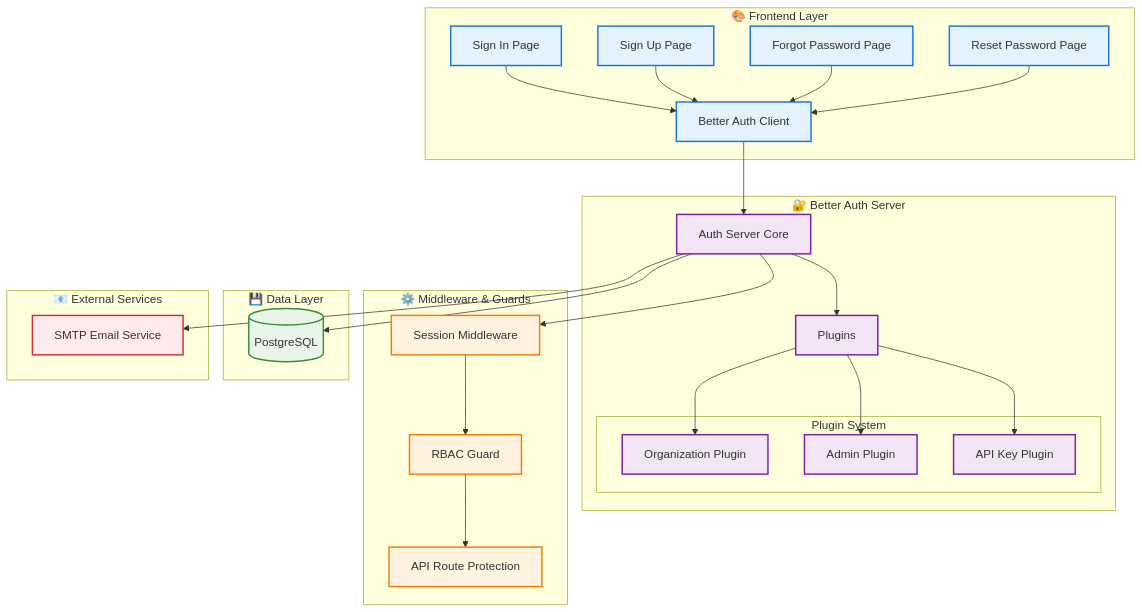
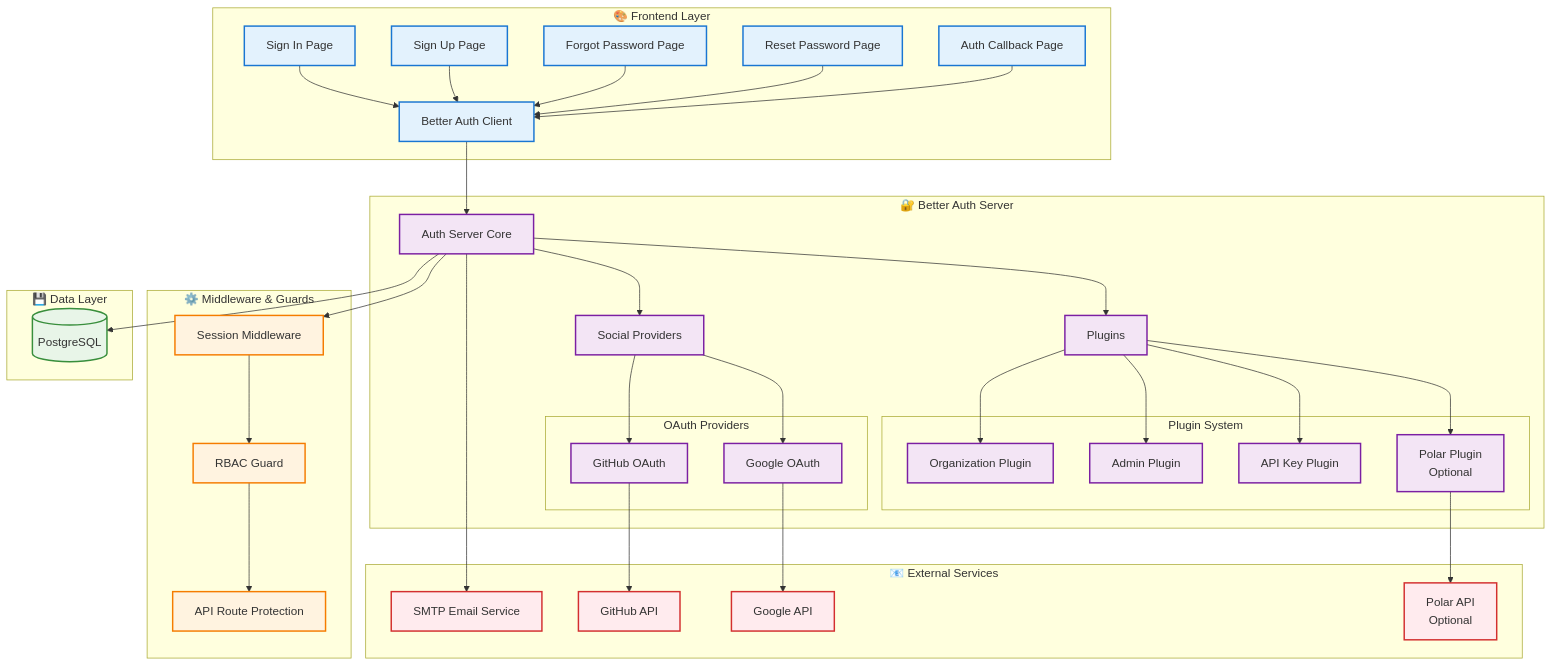
Before and after one commit to supercheck-io/supercheck: the first of 17 diagrams in specs/02-authentication/AUTHENTICATION_SYSTEM.md, drawn with Mermaid. The commit also changed other lines of this file and 75 other files, not shown here.

First line of the commit message:
feat: Add Polar.sh integration and social authentication support

````diff
--- a/specs/02-authentication/AUTHENTICATION_SYSTEM.md
+++ b/specs/02-authentication/AUTHENTICATION_SYSTEM.md
@@ -23,59 +29,77 @@
 ```mermaid
 graph TB
     subgraph "🎨 Frontend Layer"
         UI1[Sign In Page]
         UI2[Sign Up Page]
         UI3[Forgot Password Page]
         UI4[Reset Password Page]
+        UI5[Auth Callback Page]
         CLIENT[Better Auth Client]
     end
 
     subgraph "🔐 Better Auth Server"
         SERVER[Auth Server Core]
         PLUGINS[Plugins]
+        SOCIAL[Social Providers]
 
         subgraph "Plugin System"
             ORG[Organization Plugin]
             ADMIN[Admin Plugin]
             APIKEY[API Key Plugin]
+            POLAR[Polar Plugin<br/>Optional]
+        end
+
+        subgraph "OAuth Providers"
+            GITHUB[GitHub OAuth]
+            GOOGLE[Google OAuth]
         end
     end
 
     subgraph "⚙️ Middleware & Guards"
         MW1[Session Middleware]
         MW2[RBAC Guard]
         MW3[API Route Protection]
     end
 
     subgraph "💾 Data Layer"
         DB[(PostgreSQL)]
     end
 
     subgraph "📧 External Services"
         SMTP[SMTP Email Service]
+        GHAPI[GitHub API]
+        GAPI[Google API]
+        PAPI[Polar API<br/>Optional]
     end
 
     UI1 & UI2 & UI3 & UI4 --> CLIENT
+    UI5 --> CLIENT
     CLIENT --> SERVER
     SERVER --> PLUGINS
-    PLUGINS --> ORG & ADMIN & APIKEY
+    PLUGINS --> ORG & ADMIN & APIKEY & POLAR
+
+    SERVER --> SOCIAL
+    SOCIAL --> GITHUB & GOOGLE
+    GITHUB --> GHAPI
+    GOOGLE --> GAPI
+    POLAR --> PAPI
 
     SERVER --> MW1
     MW1 --> MW2
     MW2 --> MW3
 
     SERVER --> DB
     SERVER --> SMTP
 
     classDef frontend fill:#e3f2fd,stroke:#1976d2,stroke-width:2px
     classDef auth fill:#f3e5f5,stroke:#7b1fa2,stroke-width:2px
     classDef middleware fill:#fff3e0,stroke:#f57c00,stroke-width:2px
     classDef data fill:#e8f5e8,stroke:#388e3c,stroke-width:2px
     classDef external fill:#ffebee,stroke:#d32f2f,stroke-width:2px
 
-    class UI1,UI2,UI3,UI4,CLIENT frontend
-    class SERVER,PLUGINS,ORG,ADMIN,APIKEY auth
+    class UI1,UI2,UI3,UI4,UI5,CLIENT frontend
+    class SERVER,PLUGINS,ORG,ADMIN,APIKEY,POLAR,SOCIAL,GITHUB,GOOGLE auth
     class MW1,MW2,MW3 middleware
     class DB data
-    class SMTP external
+    class SMTP,GHAPI,GAPI,PAPI external
 ```
````
